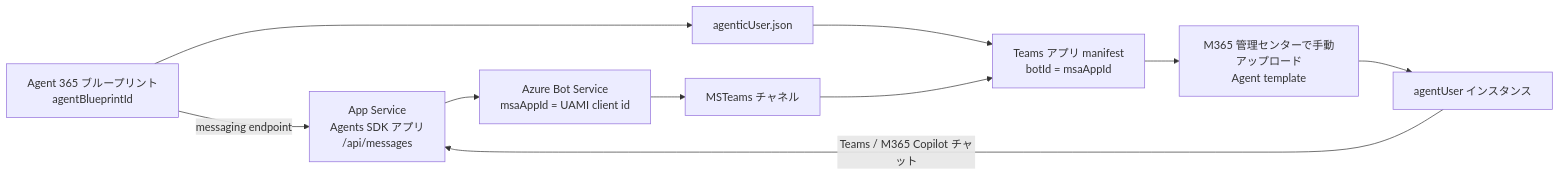
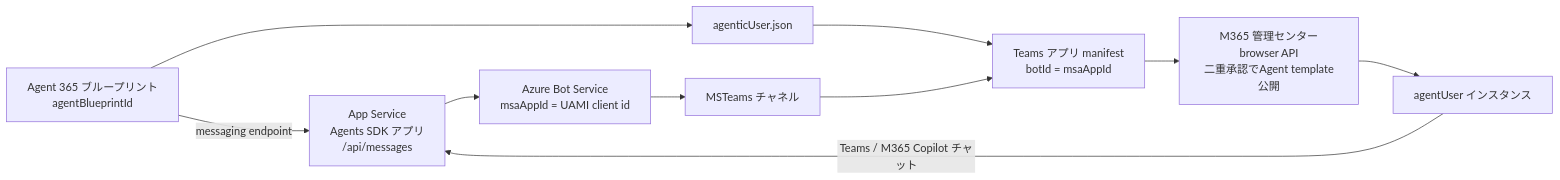
The first of 2 diagrams in .github/skills/ai-teammate/references/architecture.md (geekfujiwara/CodeAppsDevelopmentStandard), drawn with Mermaid before and after one commit. The commit also changed 9 other files, not shown here.

Commit message:
feat(ai-teammate): automate agent template upload (#462)

````diff
--- a/.github/skills/ai-teammate/references/architecture.md
+++ b/.github/skills/ai-teammate/references/architecture.md
@@ -58,12 +58,12 @@
 ```mermaid
 flowchart LR
     S["App Service<br/>Agents SDK アプリ<br/>/api/messages"] --> B["Azure Bot Service<br/>msaAppId = UAMI client id"]
     B --> D["MSTeams チャネル"]
     D --> E["Teams アプリ manifest<br/>botId = msaAppId"]
     F["Agent 365 ブループリント<br/>agentBlueprintId"] --> G["agenticUser.json"]
     F -->|messaging endpoint| S
     G --> E
-    E --> H["M365 管理センターで手動アップロード<br/>Agent template"]
+    E --> H["M365 管理センターbrowser API<br/>二重承認でAgent template公開"]
     H --> I["agentUser インスタンス"]
     I -->|Teams / M365 Copilot チャット| S
 ```
````
